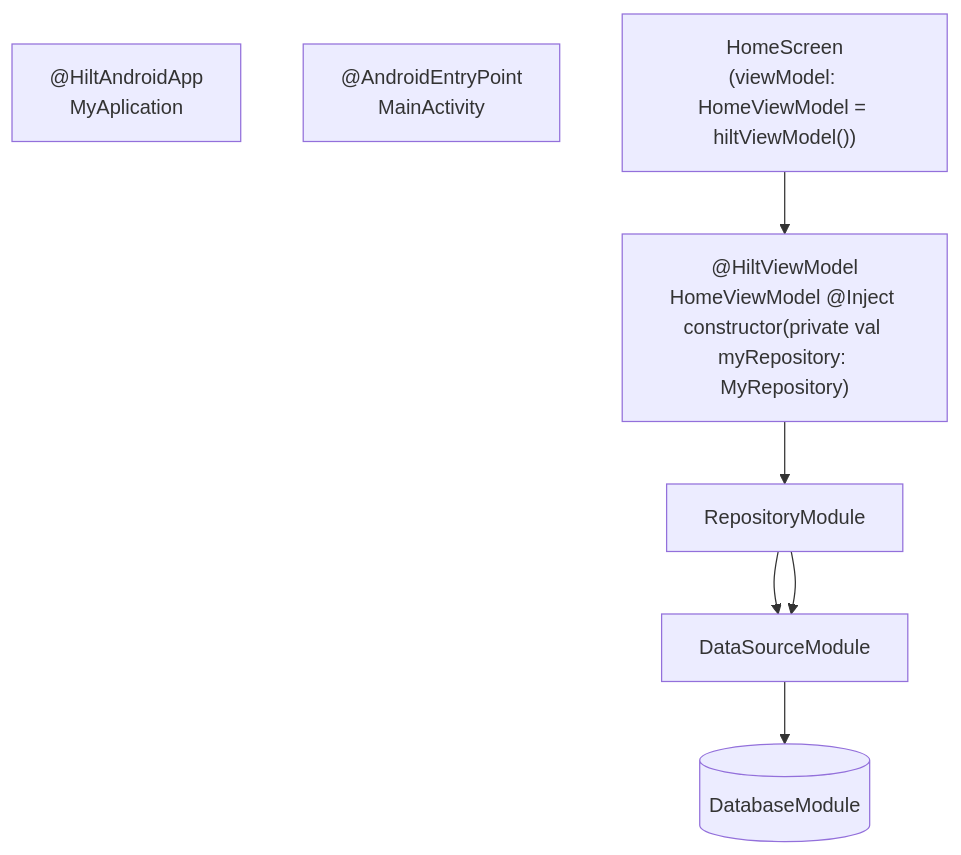
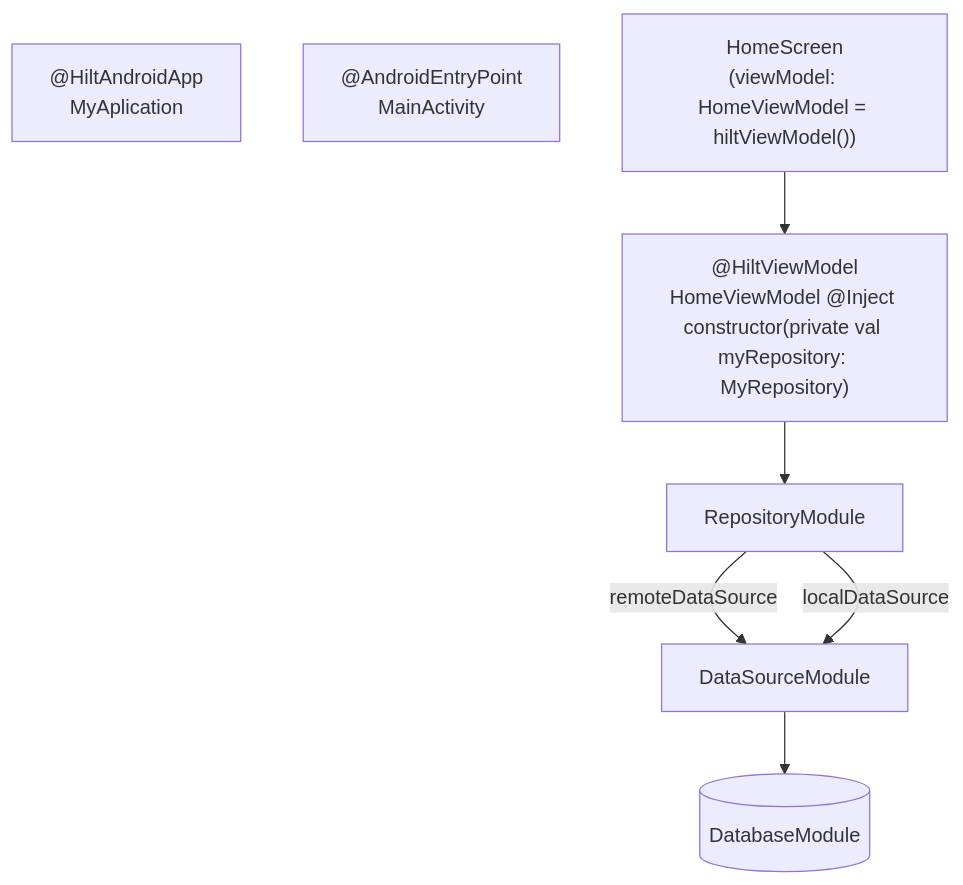
Before and after one commit to Ango1eiro/MySnippets: the diagram in Android/DI/Hilt/HiltComposeExample.md, drawn with Mermaid.

````diff
--- a/Android/DI/Hilt/HiltComposeExample.md
+++ b/Android/DI/Hilt/HiltComposeExample.md
@@ -3,14 +3,14 @@
 ```mermaid
 
 
 
 graph TD;
     MyApplication["@HiltAndroidApp<br>MyAplication"];
     MainActivity["@AndroidEntryPoint<br>MainActivity"];
     HomeScreen["HomeScreen<br>(viewModel: HomeViewModel = hiltViewModel())"]-->HomeViewModel;
     HomeViewModel["@HiltViewModel<br>HomeViewModel @Inject constructor(private val myRepository: MyRepository)"]-->RepositoryModule;
-    RepositoryModule-->DataSourceModule;
-    RepositoryModule-->DataSourceModule;
+    RepositoryModule--remoteDataSource-->DataSourceModule;
+    RepositoryModule--localDataSource-->DataSourceModule;
     DataSourceModule-->DatabaseModule[(DatabaseModule)];
 
 ```
````
